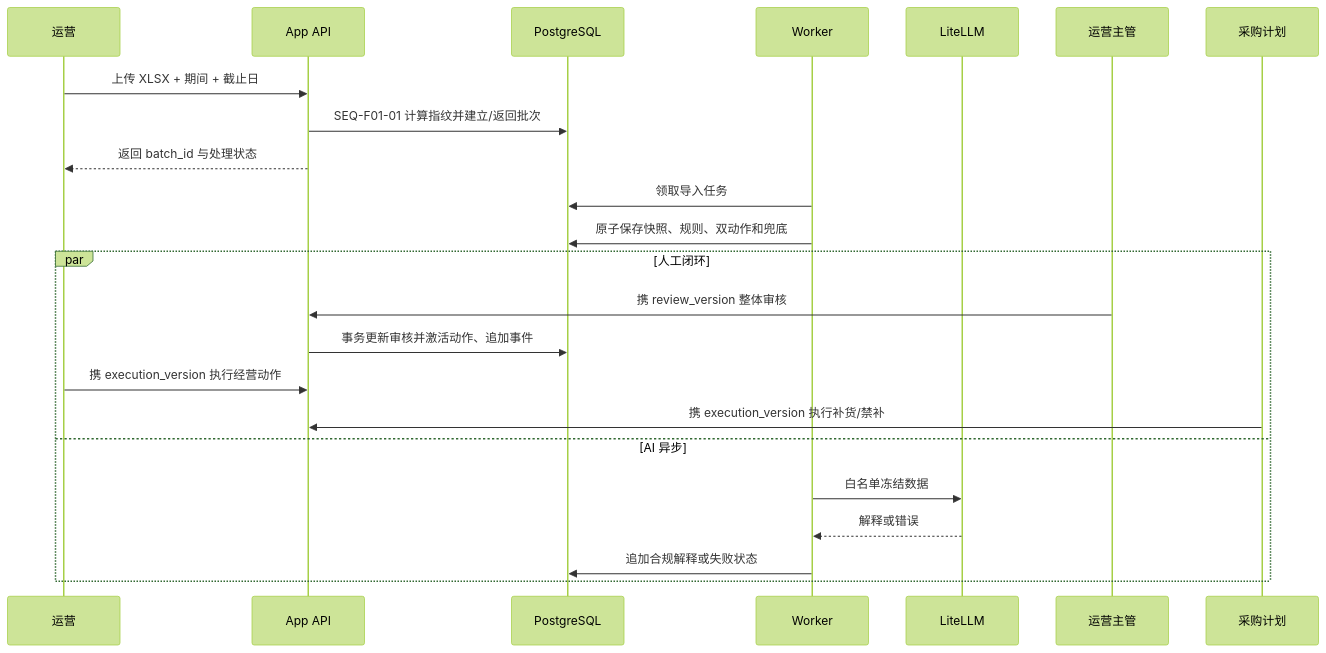
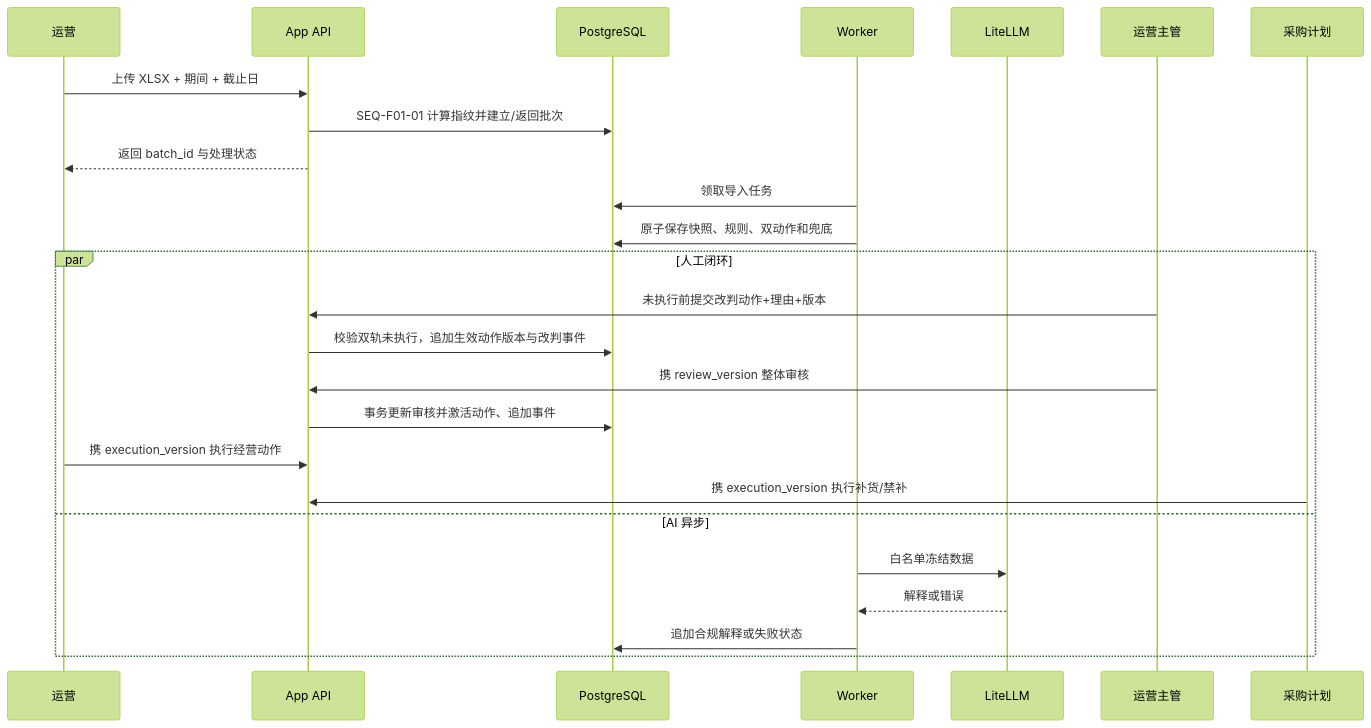
The second of 2 diagrams in 趣然AI商品经营利润决策助手/output/技术方案.md (johnsonsmilequran/profit-decision-engine), drawn with Mermaid (forest theme) before and after one commit. The commit also changed other lines of this file and 14 other files, not shown here.

````diff
--- a/趣然AI商品经营利润决策助手/output/技术方案.md
+++ b/趣然AI商品经营利润决策助手/output/技术方案.md
@@ -211,26 +212,28 @@
 ```mermaid
 sequenceDiagram
     participant OP as 运营
     participant API as App API
     participant DB as PostgreSQL
     participant WK as Worker
     participant AI as LiteLLM
     participant MG as 运营主管
     participant BUY as 采购计划
 
     OP->>API: 上传 XLSX + 期间 + 截止日
     API->>DB: SEQ-F01-01 计算指纹并建立/返回批次
     API-->>OP: 返回 batch_id 与处理状态
     WK->>DB: 领取导入任务
     WK->>DB: 原子保存快照、规则、双动作和兜底
     par 人工闭环
+        MG->>API: 未执行前提交改判动作+理由+版本
+        API->>DB: 校验双轨未执行，追加生效动作版本与改判事件
         MG->>API: 携 review_version 整体审核
         API->>DB: 事务更新审核并激活动作、追加事件
         OP->>API: 携 execution_version 执行经营动作
         BUY->>API: 携 execution_version 执行补货/禁补
     and AI 异步
         WK->>AI: 白名单冻结数据
         AI-->>WK: 解释或错误
         WK->>DB: 追加合规解释或失败状态
     end
 ```
````
